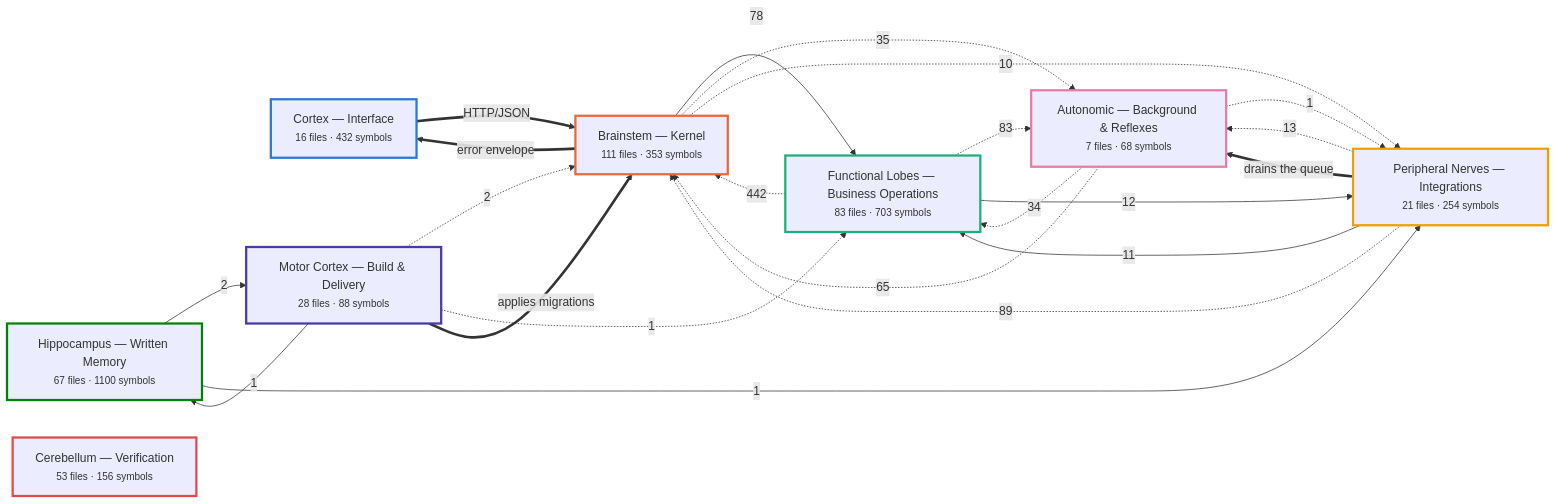
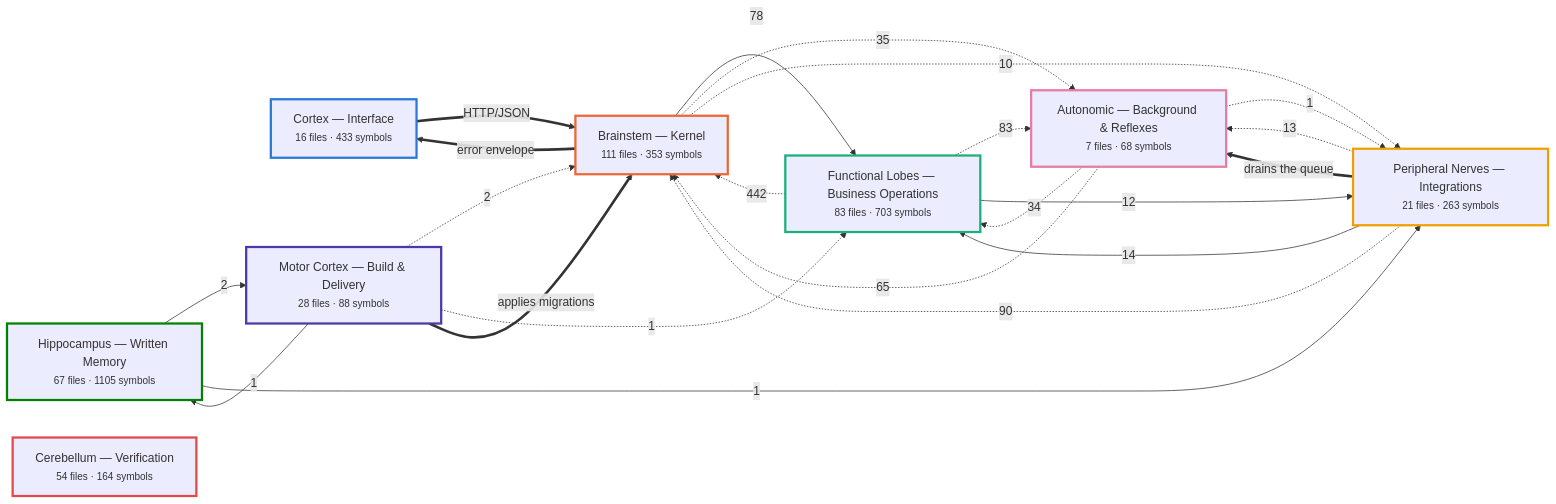
One commit to Vishalnayak226/custom_erp changed the first of 7 diagrams in docs/brain/BRAIN.md. Above: the diagram before and after it, drawn with Mermaid. The commit also changed other lines of this file and 13 other files, not shown here.

````diff
--- a/docs/brain/BRAIN.md
+++ b/docs/brain/BRAIN.md
@@ -35,48 +35,48 @@
 ```mermaid
 flowchart LR
-  n_cortex["Cortex — Interface<br/><small>16 files · 432 symbols</small>"]
+  n_cortex["Cortex — Interface<br/><small>16 files · 433 symbols</small>"]
   n_brainstem["Brainstem — Kernel<br/><small>111 files · 353 symbols</small>"]
   n_business["Functional Lobes — Business Operations<br/><small>83 files · 703 symbols</small>"]
-  n_peripheral["Peripheral Nerves — Integrations<br/><small>21 files · 254 symbols</small>"]
+  n_peripheral["Peripheral Nerves — Integrations<br/><small>21 files · 263 symbols</small>"]
   n_autonomic["Autonomic — Background & Reflexes<br/><small>7 files · 68 symbols</small>"]
-  n_memory["Hippocampus — Written Memory<br/><small>67 files · 1100 symbols</small>"]
+  n_memory["Hippocampus — Written Memory<br/><small>67 files · 1105 symbols</small>"]
   n_motor["Motor Cortex — Build & Delivery<br/><small>28 files · 88 symbols</small>"]
-  n_verification["Cerebellum — Verification<br/><small>53 files · 156 symbols</small>"]
+  n_verification["Cerebellum — Verification<br/><small>54 files · 164 symbols</small>"]
   n_business -.->|442| n_brainstem
-  n_peripheral -.->|89| n_brainstem
+  n_peripheral -.->|90| n_brainstem
   n_business -.->|83| n_autonomic
   n_brainstem -->|78| n_business
   n_autonomic -.->|65| n_brainstem
   n_brainstem -.->|35| n_autonomic
   n_autonomic -.->|34| n_business
+  n_peripheral -->|14| n_business
   n_peripheral -.->|13| n_autonomic
   n_business -->|12| n_peripheral
-  n_peripheral -->|11| n_business
   n_brainstem -.->|10| n_peripheral
   n_motor -.->|2| n_brainstem
   n_memory -->|2| n_motor
+  n_motor -->|1| n_memory
   n_memory -->|1| n_peripheral
-  n_motor -->|1| n_memory
   n_autonomic -.->|1| n_peripheral
   n_motor -.->|1| n_business
   n_brainstem ==>|error envelope| n_cortex
   n_cortex ==>|HTTP/JSON| n_brainstem
   n_motor ==>|applies migrations| n_brainstem
   n_peripheral ==>|drains the queue| n_autonomic
   classDef n_cortex stroke:#2a78d6,stroke-width:3px;
   class n_cortex n_cortex;
   classDef n_brainstem stroke:#eb6834,stroke-width:3px;
   class n_brainstem n_brainstem;
   classDef n_business stroke:#1baf7a,stroke-width:3px;
   class n_business n_business;
   classDef n_peripheral stroke:#eda100,stroke-width:3px;
   class n_peripheral n_peripheral;
   classDef n_autonomic stroke:#e87ba4,stroke-width:3px;
   class n_autonomic n_autonomic;
   classDef n_memory stroke:#008300,stroke-width:3px;
   class n_memory n_memory;
   classDef n_motor stroke:#4a3aa7,stroke-width:3px;
   class n_motor n_motor;
   classDef n_verification stroke:#e34948,stroke-width:3px;
   class n_verification n_verification;
 ```
````
